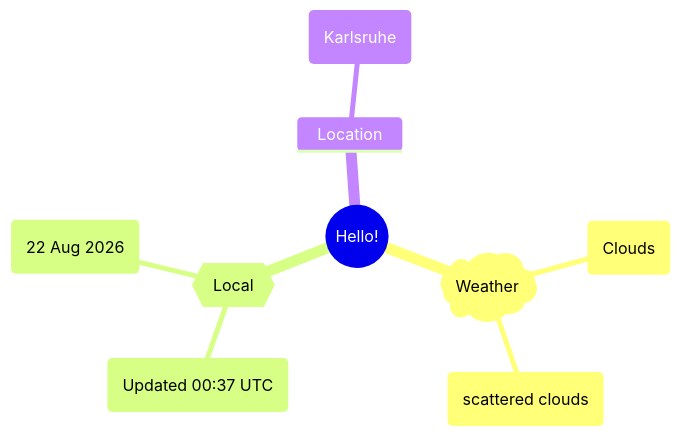
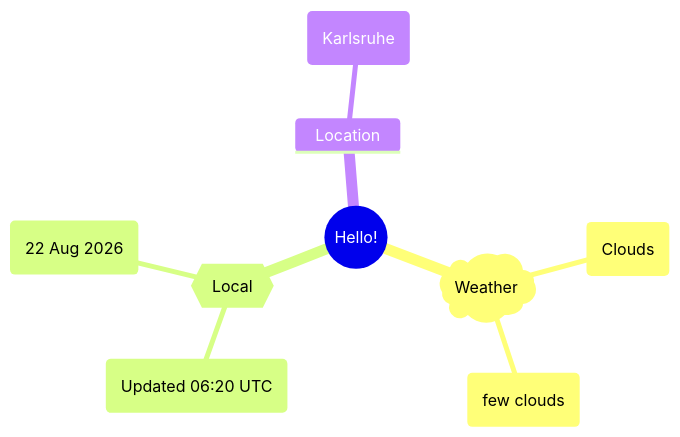
Before and after one commit to Xosrov/Xosrov: the first of 2 diagrams in README.md, drawn with Mermaid.

Commit message:
[bot] updated images

````diff
--- a/README.md
+++ b/README.md
@@ -3,12 +3,12 @@
 ```mermaid
 mindmap
   root((Hello!))
     )Weather(
         (Clouds)
-        (scattered clouds)
+        (few clouds)
     {{Local}}
-        (Updated 00:37 UTC)
+        (Updated 06:20 UTC)
         (22 Aug 2026)
     Location
         (Karlsruhe)
 ```
````
